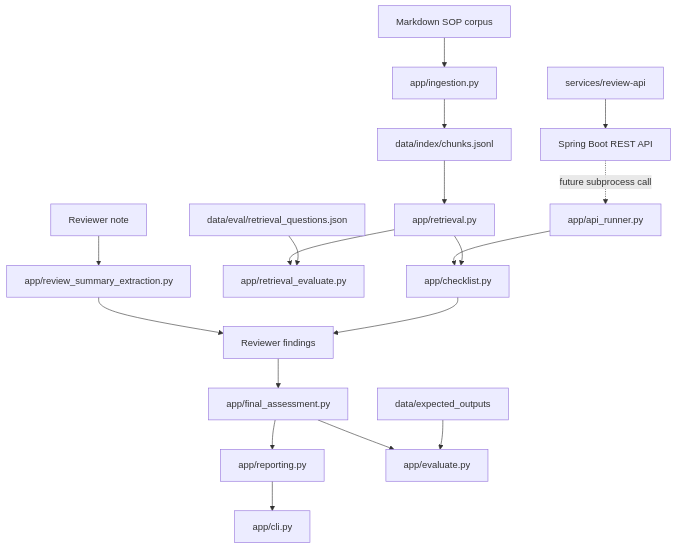
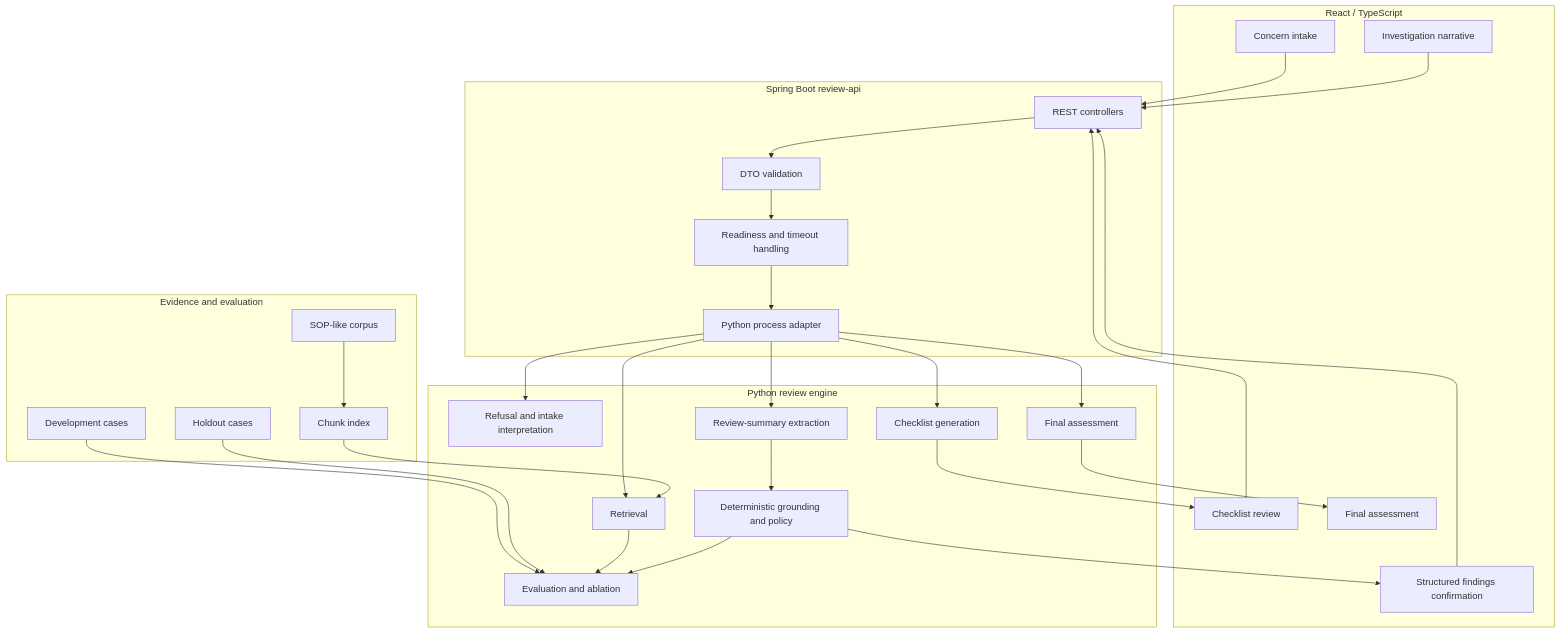
The second of 3 diagrams in README.md (markwuenschel-dev/Compounding-Quality-RAG), drawn with Mermaid before and after one commit. The commit also changed other lines of this file, not shown here.

````diff
--- a/README.md
+++ b/README.md
@@ -108,24 +83,54 @@
 ```mermaid
-flowchart TD
-    A[Markdown SOP corpus] --> B[app/ingestion.py]
-    B --> C[data/index/chunks.jsonl]
-    C --> D[app/retrieval.py]
-    D --> E[app/checklist.py]
-    E --> F[Reviewer findings]
-    F --> G[app/final_assessment.py]
-    G --> H[app/reporting.py]
-    H --> I[app/cli.py]
+flowchart TB
+    subgraph UI[React / TypeScript]
+        A[Concern intake]
+        B[Checklist review]
+        C[Investigation narrative]
+        D[Structured findings confirmation]
+        E[Final assessment]
+    end
 
-    J[data/eval/retrieval_questions.json] --> K[app/retrieval_evaluate.py]
-    D --> K
+    subgraph API[Spring Boot review-api]
+        F[REST controllers]
+        G[DTO validation]
+        H[Readiness and timeout handling]
+        I[Python process adapter]
+    end
 
-    L[data/expected_outputs] --> M[app/evaluate.py]
-    G --> M
+    subgraph Engine[Python review engine]
+        J[Refusal and intake interpretation]
+        K[Retrieval]
+        L[Checklist generation]
+        M[Review-summary extraction]
+        N[Deterministic grounding and policy]
+        O[Final assessment]
+        P[Evaluation and ablation]
+    end
 
-    N[Reviewer note] --> O[app/review_summary_extraction.py]
-    O --> F
+    subgraph Evidence[Evidence and evaluation]
+        Q[SOP-like corpus]
+        R[Chunk index]
+        S[Development cases]
+        T[Holdout cases]
+    end
 
-    P[services/review-api] --> Q[Spring Boot REST API]
-    Q -. future subprocess call .-> R[app/api_runner.py]
-    R --> E
+    A --> F
+    B --> F
+    C --> F
+    D --> F
+    F --> G --> H --> I
+    I --> J
+    I --> K
+    I --> L
+    I --> M
+    M --> N
+    I --> O
+    Q --> R --> K
+    S --> P
+    T --> P
+    K --> P
+    N --> P
+    L --> B
+    N --> D
+    O --> E
 ```
````
